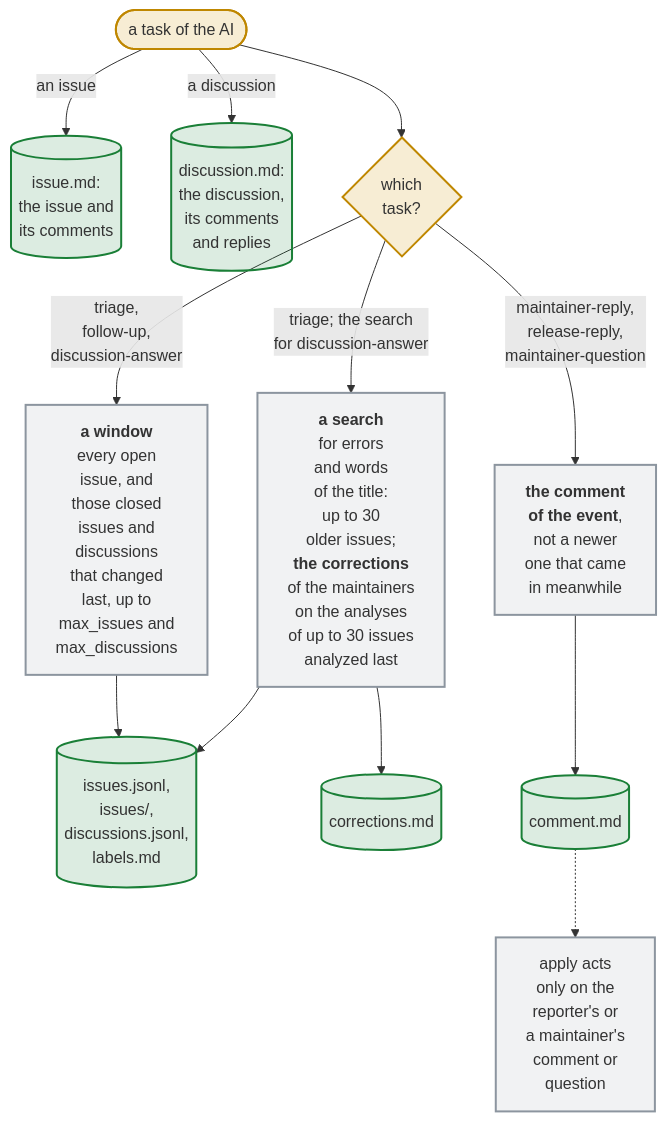
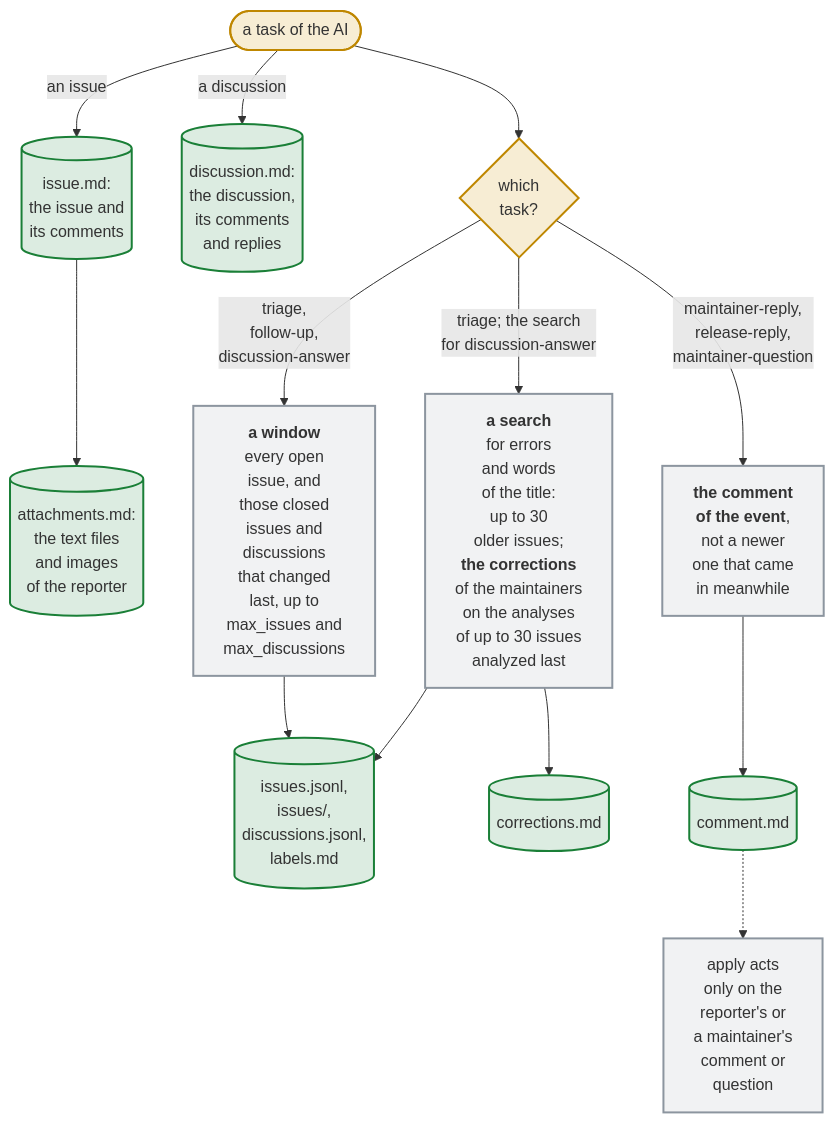
The diagram in docs/diagrams/what-the-ai-reads-for-each-task.mmd (Dennis-Otto/issue-assistant), drawn with Mermaid before and after one commit. The commit also changed 43 other files, not shown here.

First line of the commit message:
feat(analysis): the AI reads the logs and screenshots that a reporter attaches (#422)

```diff
--- a/docs/diagrams/what-the-ai-reads-for-each-task.mmd
+++ b/docs/diagrams/what-the-ai-reads-for-each-task.mmd
@@ -1,22 +1,23 @@
 flowchart TB
   accTitle: What the AI reads for each task
-  accDescr: Every task of an issue reads issue.md, the issue with all its comments; the first answer to a discussion, discussion-answer, reads discussion.md instead, the discussion with its comments and their replies. A first analysis, a follow-up and a first answer to a discussion also read the labels, every open issue, the closed issues that changed last up to max_issues and the discussions that changed last up to max_discussions, all but a first answer to a discussion with the labels, from GitHub's GraphQL API, which lists no pull request; each issue has an excerpt in issues.jsonl and its whole text in issues/. A first analysis and a first answer to a discussion add up to 30 older issues that a search for the names of errors and the words of the title finds, and a first analysis corrections.md: what the maintainers corrected of the analyses of up to max_analyzed issues analyzed last, which it learns from. A reply, maintainer-reply, release-reply or maintainer-question, reads comment.md instead: the comment whose event started the run, not a newer one that came in while the run waited. The apply job acts only when that comment is the reporter's or a maintainer's, or a maintainer's question.
+  accDescr: Every task of an issue reads issue.md, the issue with all its comments, and attachments.md, the text of the log, JSON and YAML files and the images that its reporter attached; the first answer to a discussion, discussion-answer, reads discussion.md instead, the discussion with its comments and their replies. A first analysis, a follow-up and a first answer to a discussion also read the labels, every open issue, the closed issues that changed last up to max_issues and the discussions that changed last up to max_discussions, all but a first answer to a discussion with the labels, from GitHub's GraphQL API, which lists no pull request; each issue has an excerpt in issues.jsonl and its whole text in issues/. A first analysis and a first answer to a discussion add up to 30 older issues that a search for the names of errors and the words of the title finds, and a first analysis corrections.md: what the maintainers corrected of the analyses of up to max_analyzed issues analyzed last, which it learns from. A reply, maintainer-reply, release-reply or maintainer-question, reads comment.md instead: the comment whose event started the run, not a newer one that came in while the run waited. The apply job acts only when that comment is the reporter's or a maintainer's, or a maintainer's question.
   task(["a task of the AI"]) -- "an issue" --> issue[("issue.md:<br>the issue and<br>its comments")]
+  issue --> attached[("attachments.md:<br>the text files<br>and images<br>of the reporter")]
   task -- "a discussion" --> discussion[("discussion.md:<br>the discussion,<br>its comments<br>and replies")]
   task --> which{"which<br>task?"}
   which -- "triage,<br>follow-up,<br>discussion-answer" --> window["`**a window**<br>every open<br>issue, and<br>those closed<br>issues and<br>discussions<br>that changed<br>last, up to<br>max_issues and<br>max_discussions`"]
   which -- "triage; the search<br>for discussion-answer" --> search["`**a search**<br>for errors<br>and words<br>of the title:<br>up to 30<br>older issues;<br>**the corrections**<br>of the maintainers<br>on the analyses<br>of up to 30 issues<br>analyzed last`"]
   which -- "maintainer-reply,<br>release-reply,<br>maintainer-question" --> judged["`**the comment<br>of the event**,<br>not a newer<br>one that came<br>in meanwhile`"]
   window --> files[("issues.jsonl,<br>issues/,<br>discussions.jsonl,<br>labels.md")]
   search --> files
   search --> corrections[("corrections.md")]
   judged --> comment[("comment.md")]
   comment -.-> apply["apply acts<br>only on the<br>reporter's or<br>a maintainer's<br>comment or<br>question"]
   classDef trigger fill:#d4a72c33,stroke:#bf8700,stroke-width:2px
   classDef question fill:#d4a72c33,stroke:#bf8700,stroke-width:2px
   classDef job fill:#8c959f1f,stroke:#8c959f,stroke-width:2px
   classDef safe fill:#1a7f3726,stroke:#1a7f37,stroke-width:2px
   class task trigger
   class which question
   class window,search,judged,apply job
-  class issue,discussion,files,corrections,comment safe
+  class issue,attached,discussion,files,corrections,comment safe
```
